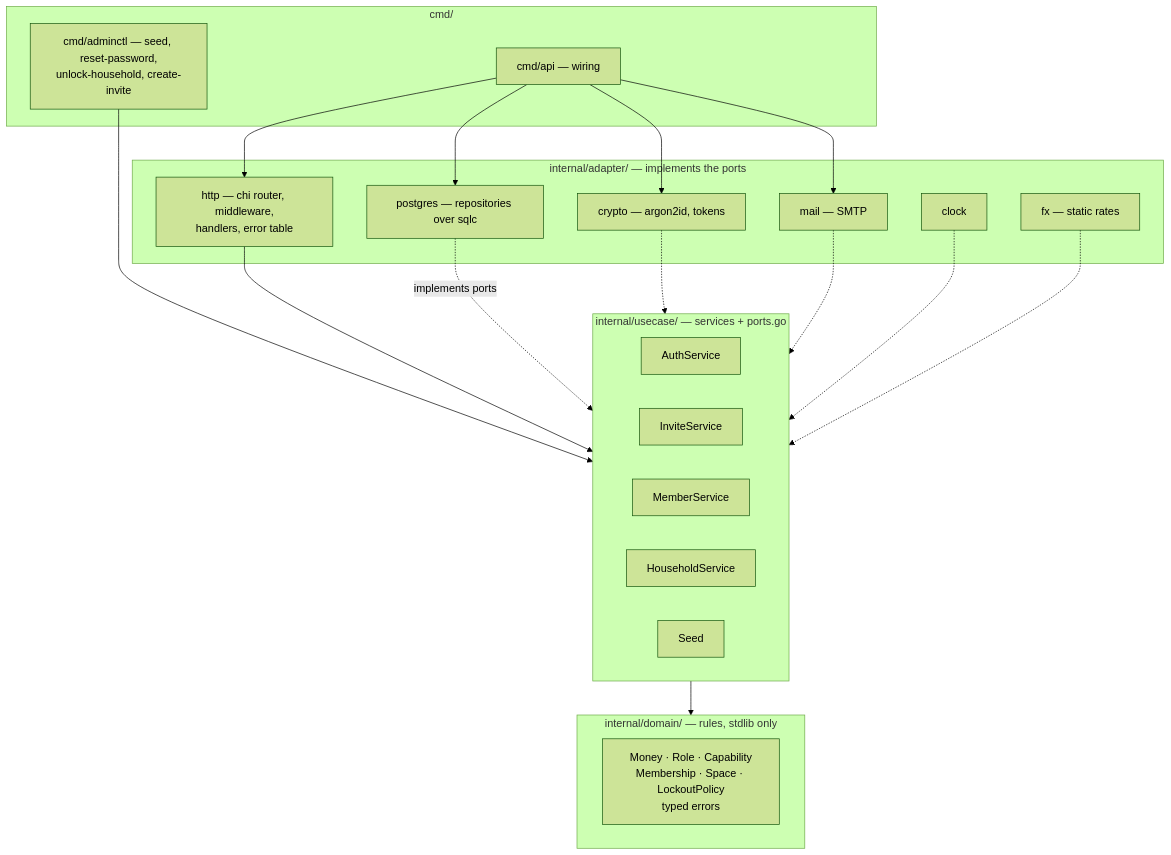
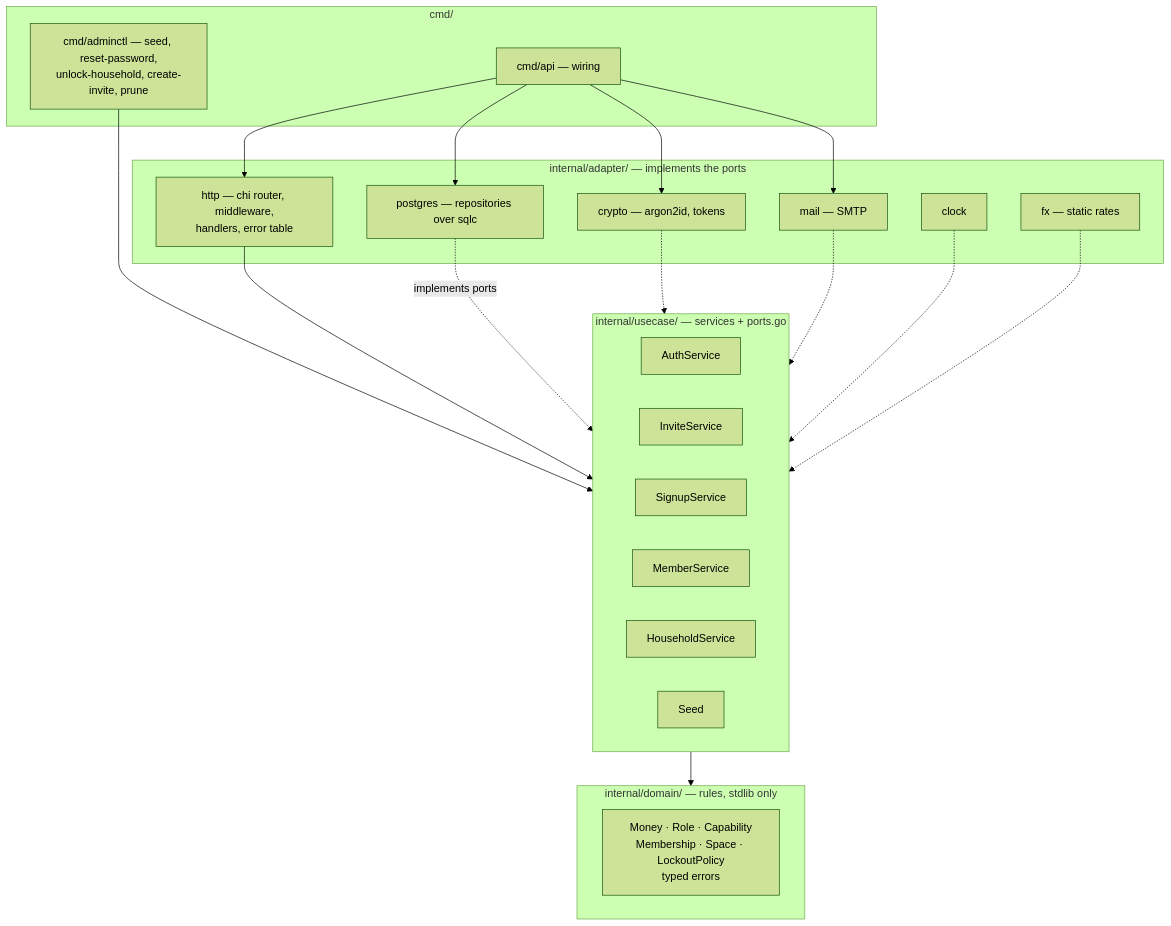
Before and after one commit to oandrz/Household: the second of 9 diagrams in docs/SYSTEM_DESIGN.md, drawn with Mermaid (forest theme). The commit also changed other lines of this file and 3 other files, not shown here.

````diff
--- a/docs/SYSTEM_DESIGN.md
+++ b/docs/SYSTEM_DESIGN.md
@@ -56,41 +68,42 @@
 ```mermaid
 graph TD
     subgraph cmd["cmd/"]
         Main["cmd/api — wiring"]
-        Admin["cmd/adminctl — seed, reset-password,<br/>unlock-household, create-invite"]
+        Admin["cmd/adminctl — seed, reset-password,<br/>unlock-household, create-invite, prune"]
     end
 
     subgraph adapters["internal/adapter/ — implements the ports"]
         HTTP["http — chi router, middleware,<br/>handlers, error table"]
         PGA["postgres — repositories over sqlc"]
         Crypto["crypto — argon2id, tokens"]
         MailA["mail — SMTP"]
         Clock["clock"]
         FX["fx — static rates"]
     end
 
     subgraph usecase["internal/usecase/ — services + ports.go"]
         Auth["AuthService"]
         Invite["InviteService"]
+        Signup["SignupService"]
         Member["MemberService"]
         House["HouseholdService"]
         Seed["Seed"]
     end
 
     subgraph domain["internal/domain/ — rules, stdlib only"]
         Rules["Money · Role · Capability<br/>Membership · Space · LockoutPolicy<br/>typed errors"]
     end
 
     Main --> HTTP
     Main --> PGA
     Main --> Crypto
     Main --> MailA
     Admin --> usecase
     HTTP --> usecase
     usecase --> domain
     PGA -.->|implements ports| usecase
     Crypto -.-> usecase
     MailA -.-> usecase
     Clock -.-> usecase
     FX -.-> usecase
 ```
````
